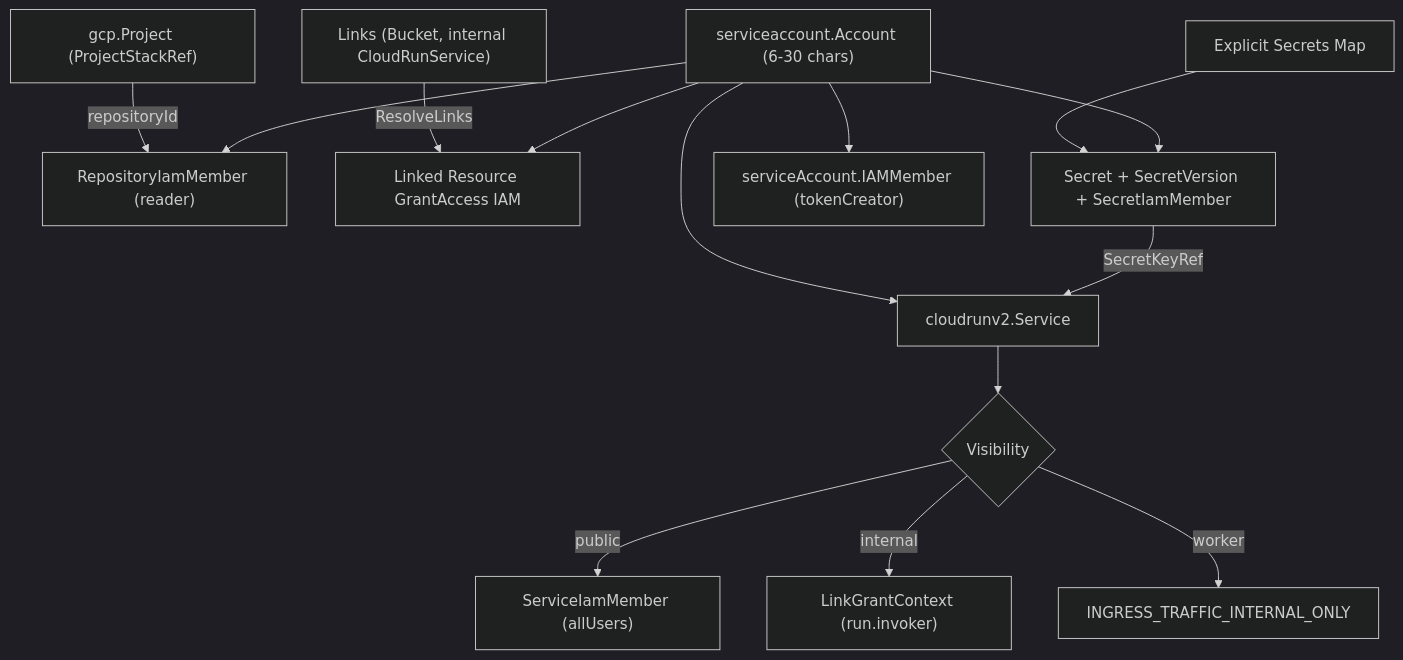
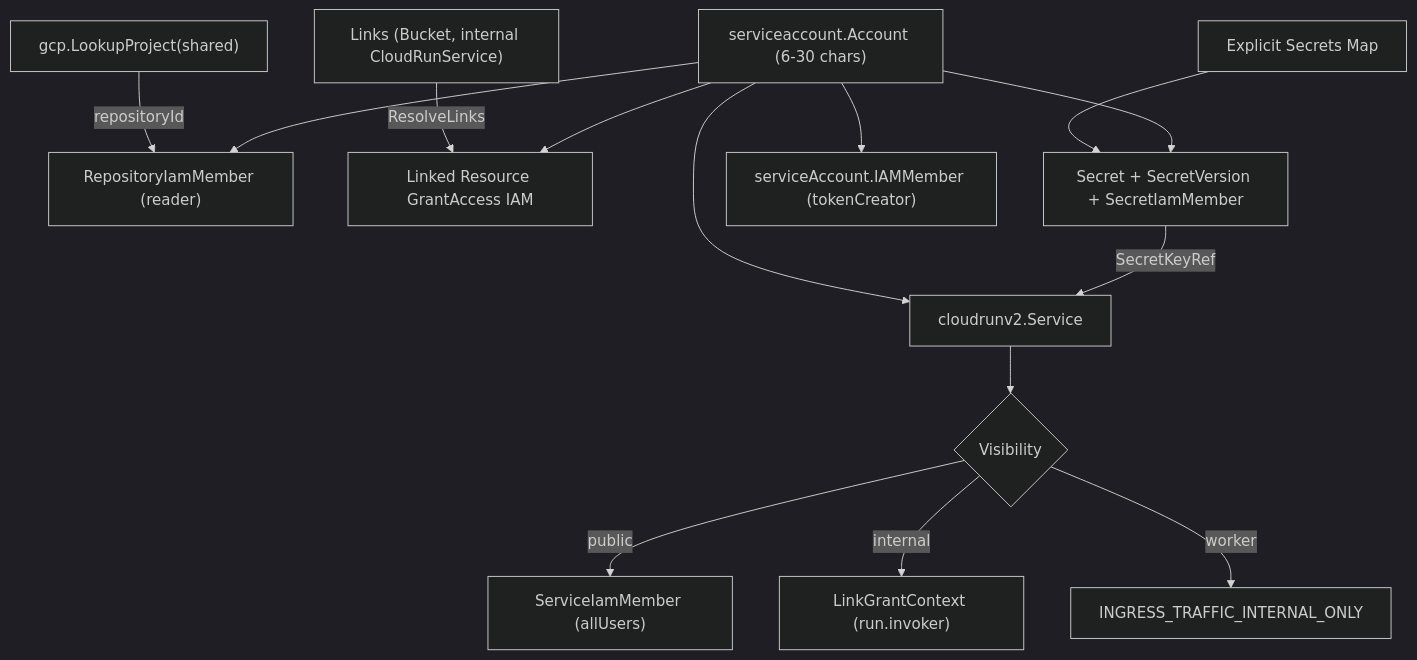
Before and after one commit to cloudvoyant/openbase: the first of 2 diagrams in docs/architecture/providers/gcp/cloud-run-service.md, drawn with Mermaid (dark theme). The commit also changed other lines of this file and 64 other files, not shown here.

````diff
--- a/docs/architecture/providers/gcp/cloud-run-service.md
+++ b/docs/architecture/providers/gcp/cloud-run-service.md
@@ -26,16 +26,16 @@
 ```mermaid
 flowchart TD
-    Proj["gcp.Project (ProjectStackRef)"] -->|"repositoryId"| ARIAM["RepositoryIamMember (reader)"]
+    Proj["gcp.LookupProject(shared)"] -->|"repositoryId"| ARIAM["RepositoryIamMember (reader)"]
     Links["Links (Bucket, internal CloudRunService)"] -->|"ResolveLinks"| IAMGrants["Linked Resource GrantAccess IAM"]
     Secrets["Explicit Secrets Map"] --> SM["Secret + SecretVersion + SecretIamMember"]
     SA["serviceaccount.Account (6-30 chars)"] --> SelfSign["serviceAccount.IAMMember (tokenCreator)"]
     SA --> ARIAM
     SA --> IAMGrants
     SA --> SM
     SA --> Svc["cloudrunv2.Service"]
     SM -->|"SecretKeyRef"| Svc
     Svc --> Vis{"Visibility"}
     Vis -->|"public"| AllUsers["ServiceIamMember (allUsers)"]
     Vis -->|"internal"| Scoped["LinkGrantContext (run.invoker)"]
     Vis -->|"worker"| IntOnly["INGRESS_TRAFFIC_INTERNAL_ONLY"]
 ```
````
